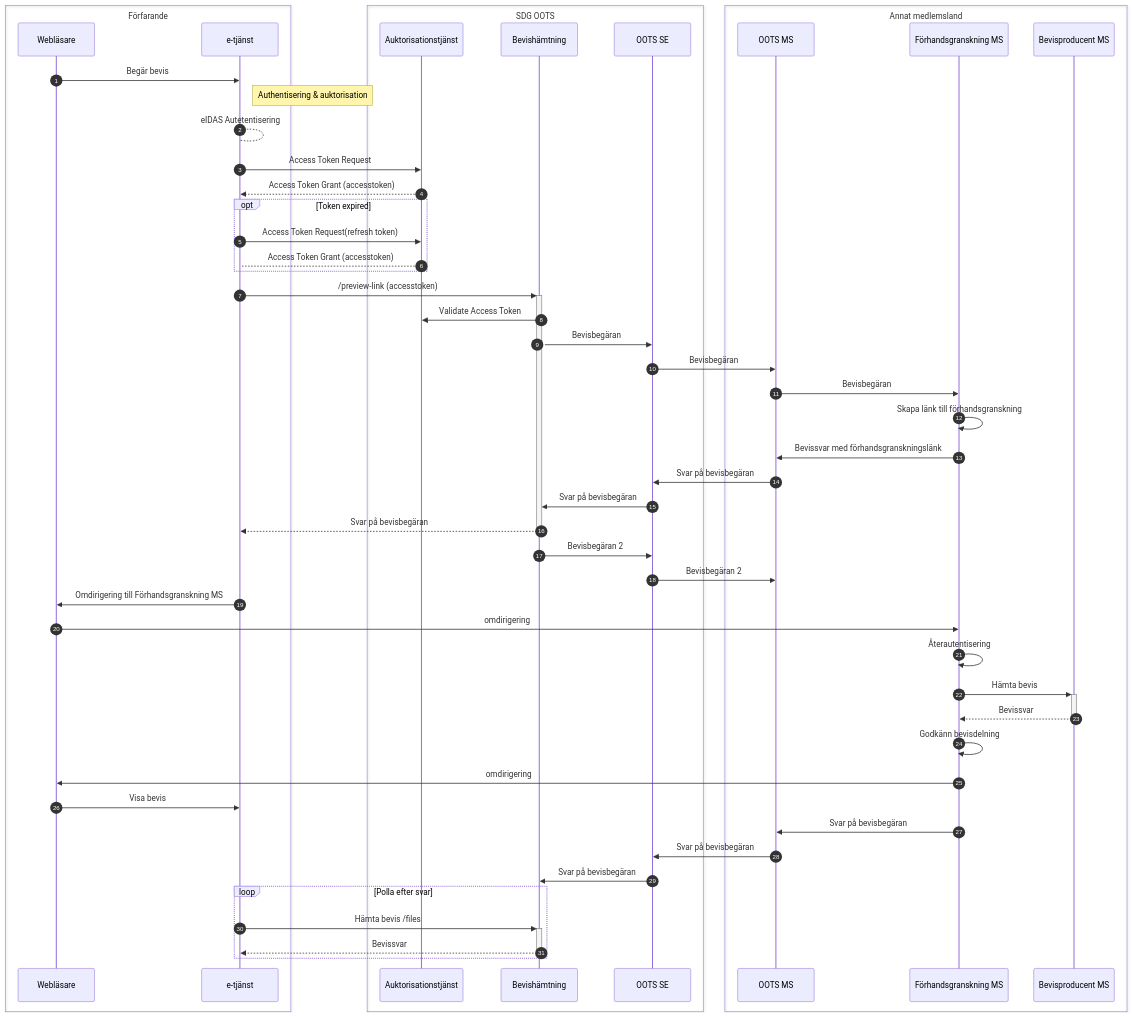
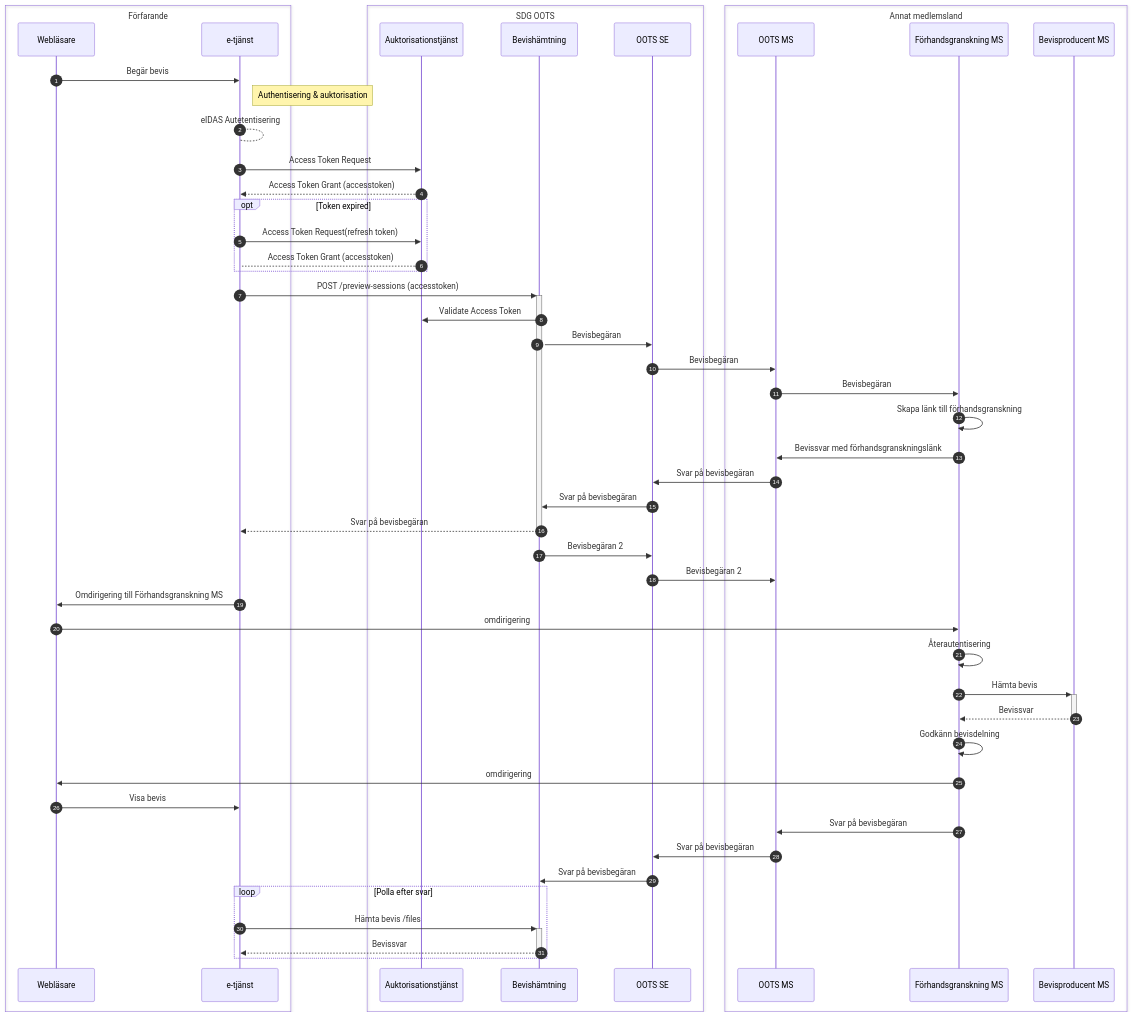
One commit to diggsweden/sdg-intermediation-eu changed the third of 3 diagrams in README.md. Above: the diagram before and after it, drawn with Mermaid. The commit also changed other lines of this file, not shown here.

Commit message:
Update README.md with link to swagger

````diff
--- a/README.md
+++ b/README.md
@@ -85,54 +87,54 @@
 ```mermaid
 sequenceDiagram
 autonumber
 box Förfarande
 participant W as Webläsare
 participant OF as e-tjänst
 end
 box SDG OOTS
 participant AT as Auktorisationstjänst
 participant BT as Bevishämtning 
 participant OTSE as OOTS SE
 end
 box Annat medlemsland
 participant OTMS as OOTS MS
 participant MSOF as Förhandsgranskning MS
 participant MSBP as Bevisproducent MS
 end
 W->>OF: Begär bevis
 Note right of OF: Authentisering & auktorisation
 OF-->OF: eIDAS Autetentisering
 OF->>AT: Access Token Request
 AT-->>OF: Access Token Grant (accesstoken)
 Opt Token expired
 OF->>AT: Access Token Request(refresh token)
 AT-->OF: Access Token Grant (accesstoken)
 end
-OF->>+BT: /preview-link (accesstoken)
+OF->>+BT: POST /preview-sessions (accesstoken)
 BT->>AT: Validate Access Token
 BT->>OTSE: Bevisbegäran
 OTSE->>OTMS: Bevisbegäran
 OTMS->>MSOF: Bevisbegäran
 MSOF->>MSOF: Skapa länk till förhandsgranskning
 MSOF->>OTMS: Bevissvar med förhandsgranskningslänk
 OTMS->>OTSE: Svar på bevisbegäran
 OTSE->>BT: Svar på bevisbegäran
 BT-->>-OF: Svar på bevisbegäran
 BT->>OTSE: Bevisbegäran 2
 OTSE->>OTMS: Bevisbegäran 2
 OF->>W: Omdirigering till Förhandsgranskning MS
 W->>MSOF: omdirigering
 MSOF->>MSOF: Återautentisering
 MSOF->>+MSBP: Hämta bevis
 MSBP-->>-MSOF: Bevissvar
 MSOF->>MSOF: Godkänn bevisdelning
 MSOF->>W: omdirigering
 W->>OF: Visa bevis
 MSOF->>OTMS: Svar på bevisbegäran
 OTMS->>OTSE: Svar på bevisbegäran
 OTSE->>BT: Svar på bevisbegäran
 loop Polla efter svar
 OF->>+BT: Hämta bevis /files
 BT-->>-OF: Bevissvar
 end
 ```
````
